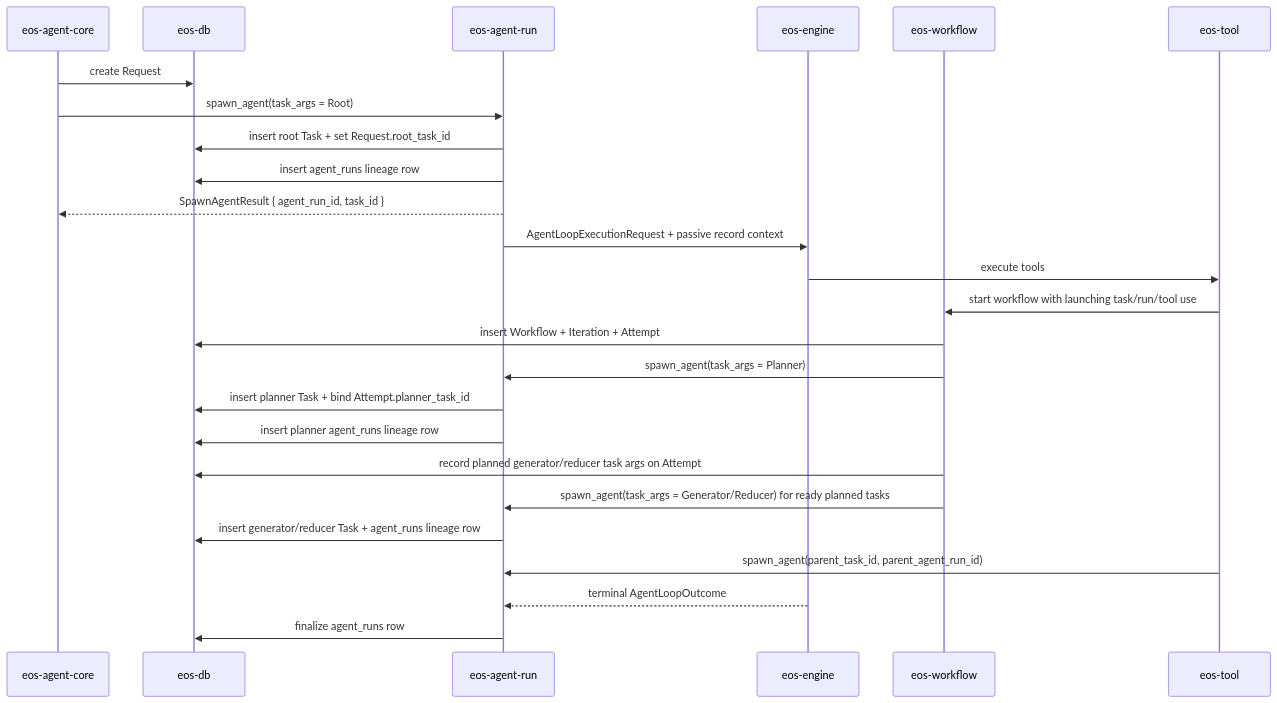
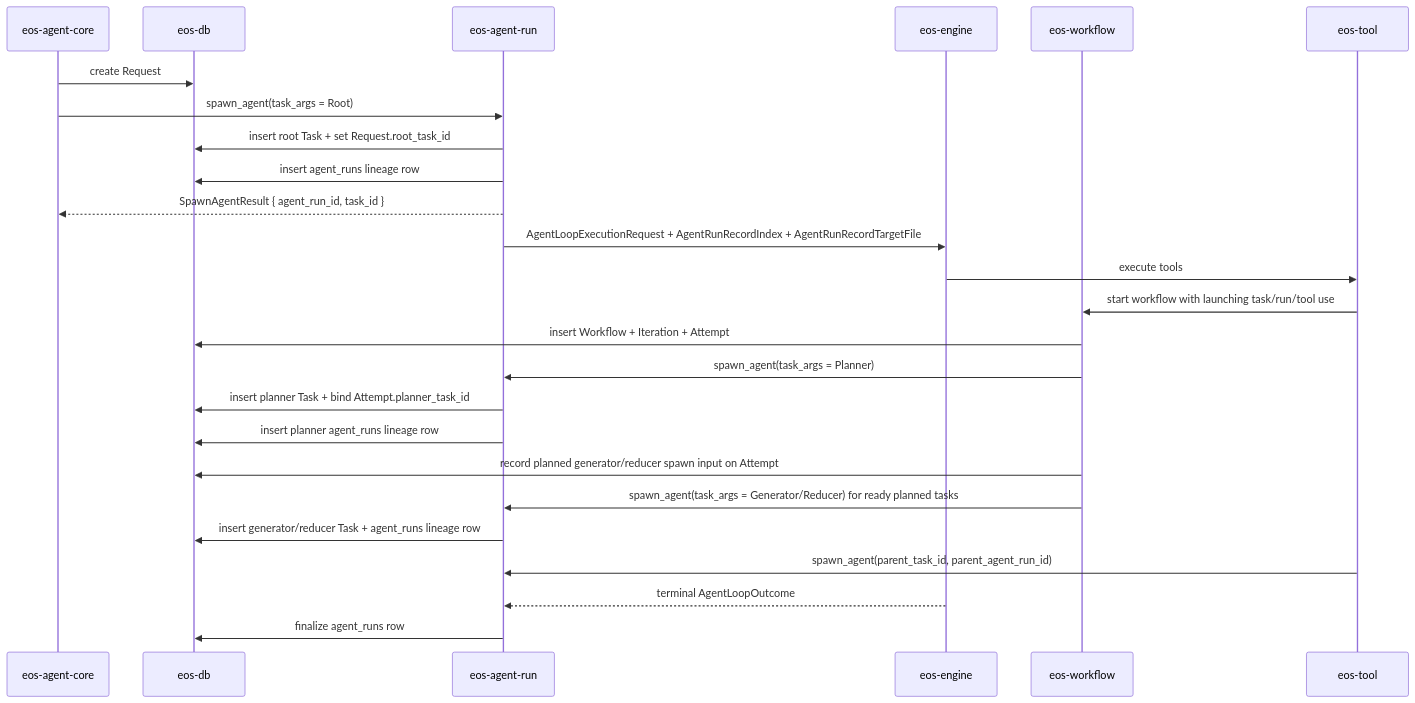
Before and after one commit to Ephemeral-AI-Lab/ephemeral-os: the second of 2 diagrams in docs/plans/agent-core-workspace-architecture-rules/phase-03b-execution-lineage-materialization_SPEC.md, drawn with Mermaid. The commit also changed other lines of this file and 2 other files, not shown here.

Commit message:
Clarify agent-run records and daemon SRP ownership

````diff
--- a/docs/plans/agent-core-workspace-architecture-rules/phase-03b-execution-lineage-materialization_SPEC.md
+++ b/docs/plans/agent-core-workspace-architecture-rules/phase-03b-execution-lineage-materialization_SPEC.md
@@ -184,28 +211,28 @@
 ```mermaid
 sequenceDiagram
     participant Core as eos-agent-core
     participant Db as eos-db
     participant Run as eos-agent-run
     participant Engine as eos-engine
     participant Workflow as eos-workflow
     participant Tool as eos-tool
 
     Core->>Db: create Request
     Core->>Run: spawn_agent(task_args = Root)
     Run->>Db: insert root Task + set Request.root_task_id
     Run->>Db: insert agent_runs lineage row
     Run-->>Core: SpawnAgentResult { agent_run_id, task_id }
-    Run->>Engine: AgentLoopExecutionRequest + passive record context
+    Run->>Engine: AgentLoopExecutionRequest + AgentRunRecordIndex + AgentRunRecordTargetFile
     Engine->>Tool: execute tools
     Tool->>Workflow: start workflow with launching task/run/tool use
     Workflow->>Db: insert Workflow + Iteration + Attempt
     Workflow->>Run: spawn_agent(task_args = Planner)
     Run->>Db: insert planner Task + bind Attempt.planner_task_id
     Run->>Db: insert planner agent_runs lineage row
-    Workflow->>Db: record planned generator/reducer task args on Attempt
+    Workflow->>Db: record planned generator/reducer spawn input on Attempt
     Workflow->>Run: spawn_agent(task_args = Generator/Reducer) for ready planned tasks
     Run->>Db: insert generator/reducer Task + agent_runs lineage row
     Tool->>Run: spawn_agent(parent_task_id, parent_agent_run_id)
     Engine-->>Run: terminal AgentLoopOutcome
     Run->>Db: finalize agent_runs row
 ```
````
